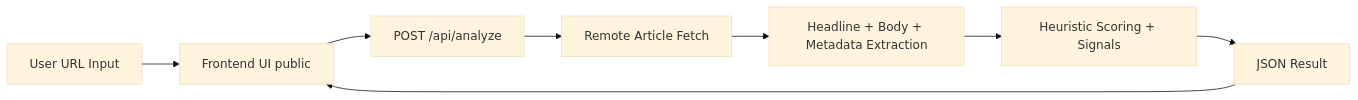
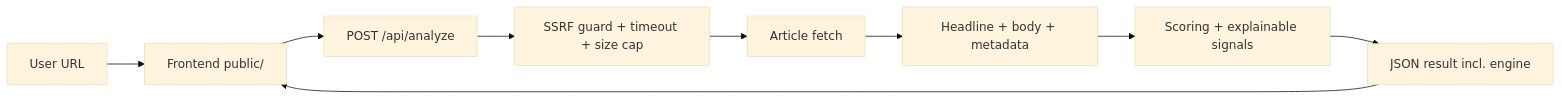
The diagram in README.md (slenderongithub/BaitBlock), drawn with Mermaid (base theme) before and after one commit. The commit also changed other lines of this file and 112 other files, not shown here.

First line of the commit message:
Redesign frontend as neobrutalist newspaper, add tiered fetch pipeline, clean up repo

````diff
--- a/README.md
+++ b/README.md
@@ -36,10 +63,11 @@
 ```mermaid
 flowchart LR
-   U[User URL Input] --> FE[Frontend UI public]
+   U[User URL] --> FE[Frontend public/]
    FE --> API[POST /api/analyze]
-   API --> FETCH[Remote Article Fetch]
-   FETCH --> EXTRACT[Headline + Body + Metadata Extraction]
-   EXTRACT --> SCORE[Heuristic Scoring + Signals]
-   SCORE --> RES[JSON Result]
+   API --> SSRF[SSRF guard + timeout + size cap]
+   SSRF --> FETCH[Article fetch]
+   FETCH --> EXTRACT[Headline + body + metadata]
+   EXTRACT --> SCORE[Scoring + explainable signals]
+   SCORE --> RES[JSON result incl. engine]
    RES --> FE
 ```
````
